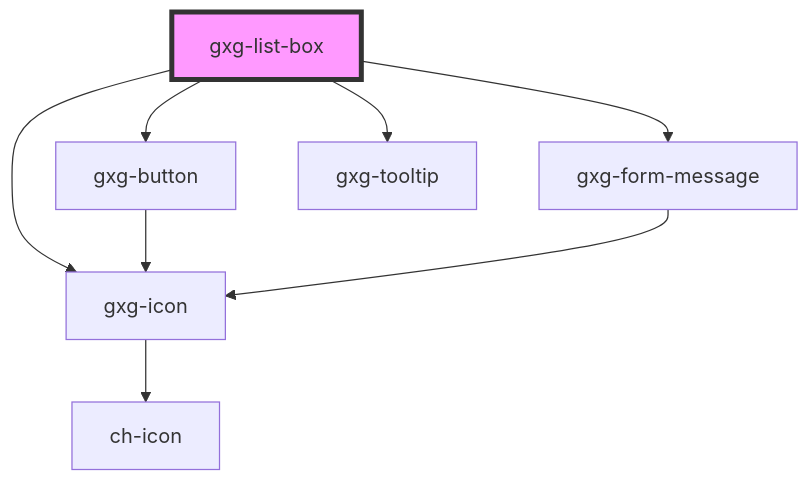
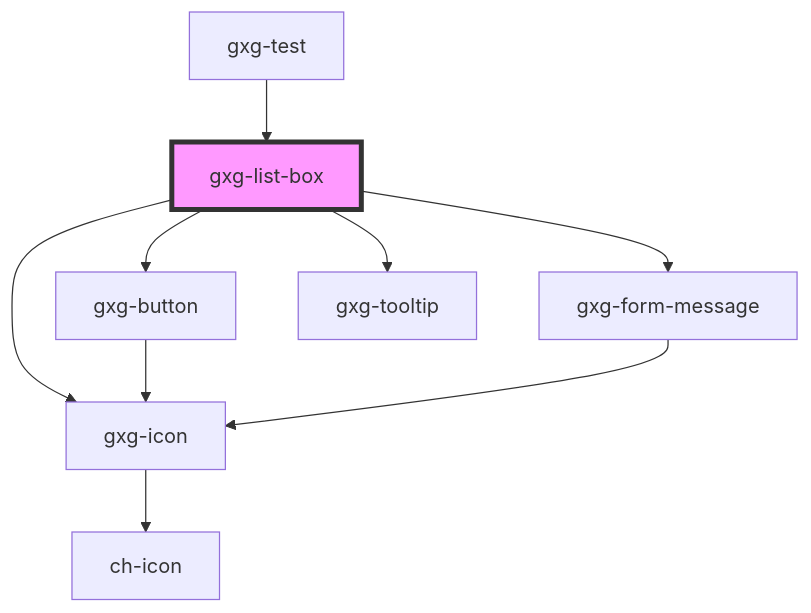
Before and after one commit to genexuslabs/gemini: the diagram in src/components/list-box/readme.md, drawn with Mermaid. The commit also changed other lines of this file and 10 other files, not shown here.

Commit message:
update list-box

````diff
--- a/src/components/list-box/readme.md
+++ b/src/components/list-box/readme.md
@@ -62,11 +63,12 @@
 ```mermaid
 graph TD;
   gxg-list-box --> gxg-button
   gxg-list-box --> gxg-form-message
   gxg-list-box --> gxg-tooltip
   gxg-list-box --> gxg-icon
   gxg-button --> gxg-icon
   gxg-icon --> ch-icon
   gxg-form-message --> gxg-icon
+  gxg-test --> gxg-list-box
   style gxg-list-box fill:#f9f,stroke:#333,stroke-width:4px
 ```
````
